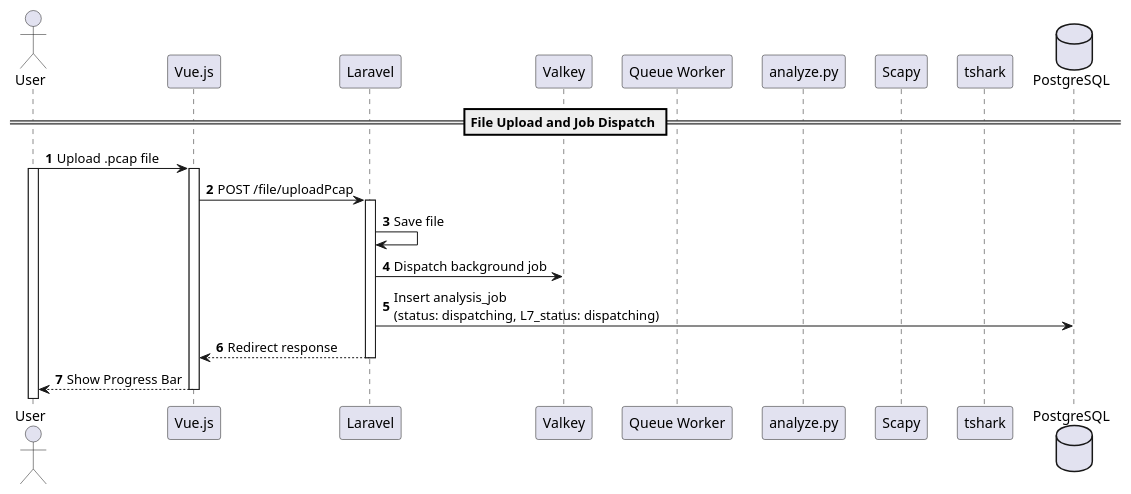
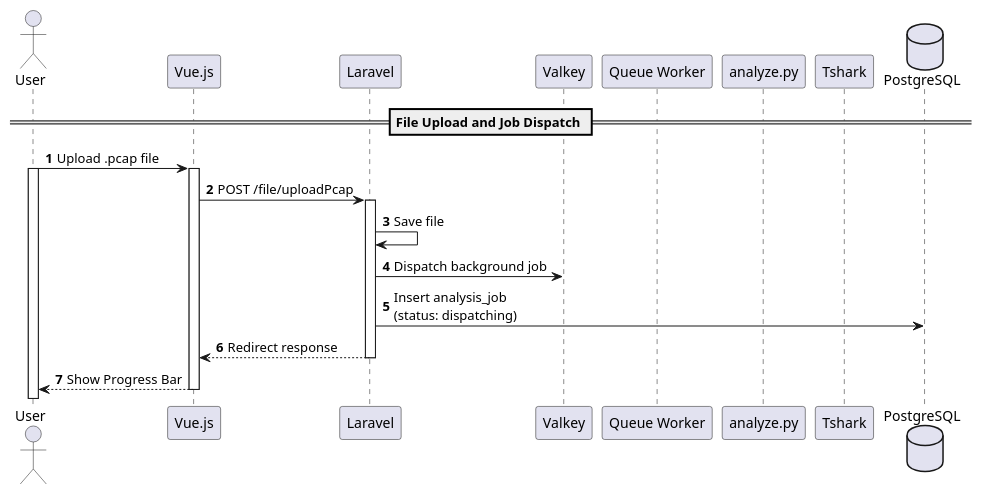
One commit to Zabuelis/WebShark changed the diagram in doc/WebShark_seq_1.puml. Above: the diagram before and after it, drawn with PlantUML. The commit also changed 7 other files, not shown here.

Commit message:
update seq diagram

```diff
--- a/doc/WebShark_seq_1.puml
+++ b/doc/WebShark_seq_1.puml
@@ -1,30 +1,27 @@
 @startuml
 autonumber
-skinparam ParticipantPadding 10
-skinparam BoxPadding 10
 
 actor User
 participant "Vue.js" as Web
 participant "Laravel" as Controller
 participant "Valkey" as Queue
 participant "Queue Worker" as Job
 participant "analyze.py" as Python
-participant "Scapy" as Scapy
-participant "tshark" as Tshark
+participant "Tshark" as Tshark
 database PostgreSQL as DB
 
 == File Upload and Job Dispatch ==
 User -> Web: Upload .pcap file
 activate User
 activate Web
 Web -> Controller: POST /file/uploadPcap
 activate Controller
 Controller -> Controller: Save file
 Controller -> Queue: Dispatch background job
-Controller -> DB: Insert analysis_job\n(status: dispatching, L7_status: dispatching)
+Controller -> DB: Insert analysis_job\n(status: dispatching)
 Controller --> Web: Redirect response
 deactivate Controller
 Web --> User: Show Progress Bar
 deactivate Web
 
 @enduml
```
